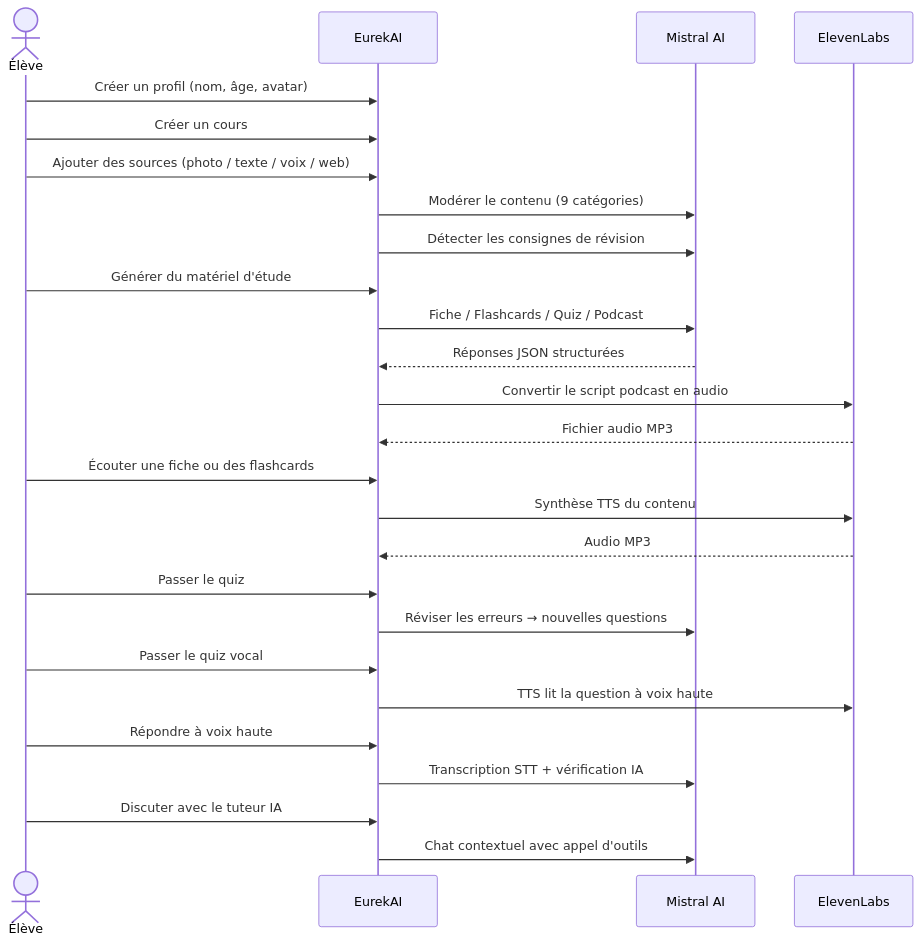
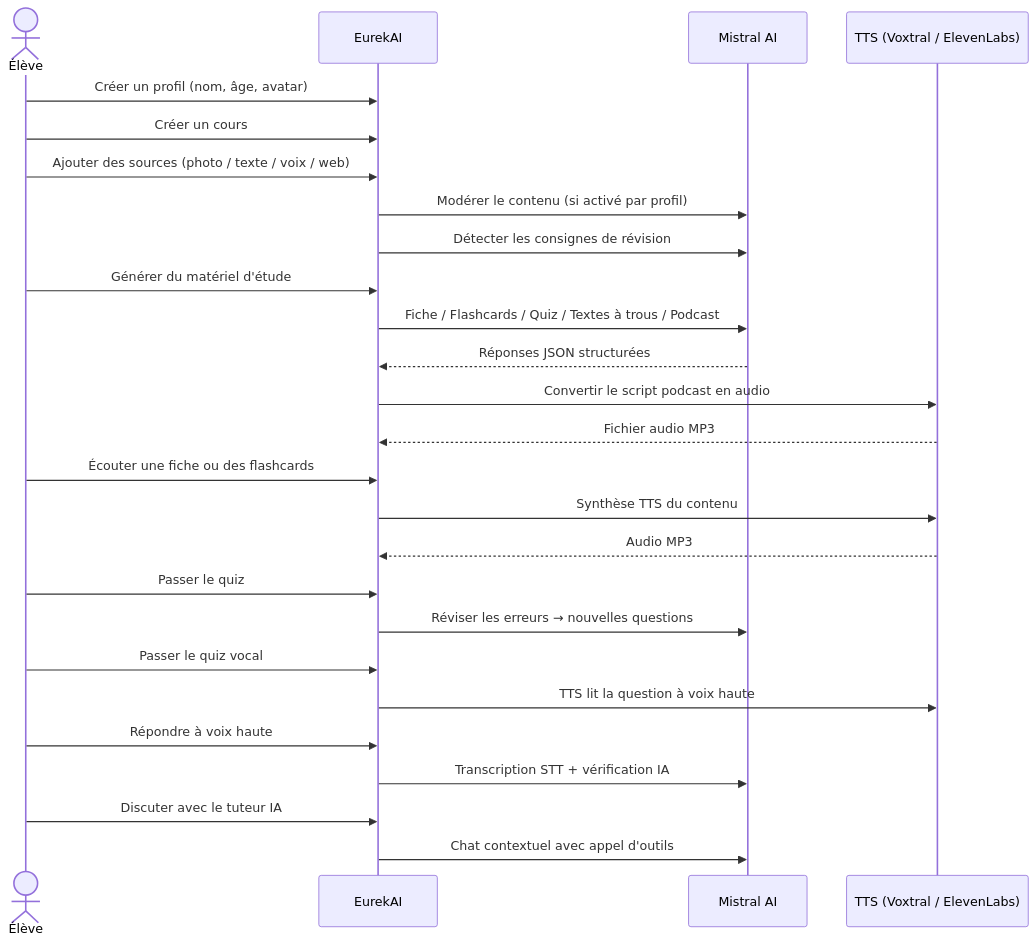
Before and after one commit to jls42/EurekAI: the third of 3 diagrams in README-ar.md, drawn with Mermaid. The commit also changed other lines of this file and 52 other files, not shown here.

````diff
--- a/README-ar.md
+++ b/README-ar.md
@@ -135,29 +153,29 @@
 ```mermaid
 sequenceDiagram
     actor Élève as Élève
     participant App as EurekAI
     participant AI as Mistral AI
-    participant TTS as ElevenLabs
+    participant TTS as TTS (Voxtral / ElevenLabs)
 
     Élève->>App: Créer un profil (nom, âge, avatar)
     Élève->>App: Créer un cours
     Élève->>App: Ajouter des sources (photo / texte / voix / web)
-    App->>AI: Modérer le contenu (9 catégories)
+    App->>AI: Modérer le contenu (si activé par profil)
     App->>AI: Détecter les consignes de révision
     Élève->>App: Générer du matériel d'étude
-    App->>AI: Fiche / Flashcards / Quiz / Podcast
+    App->>AI: Fiche / Flashcards / Quiz / Textes à trous / Podcast
     AI-->>App: Réponses JSON structurées
     App->>TTS: Convertir le script podcast en audio
     TTS-->>App: Fichier audio MP3
     Élève->>App: Écouter une fiche ou des flashcards
     App->>TTS: Synthèse TTS du contenu
     TTS-->>App: Audio MP3
     Élève->>App: Passer le quiz
     App->>AI: Réviser les erreurs → nouvelles questions
     Élève->>App: Passer le quiz vocal
     App->>TTS: TTS lit la question à voix haute
     Élève->>App: Répondre à voix haute
     App->>AI: Transcription STT + vérification IA
     Élève->>App: Discuter avec le tuteur IA
     App->>AI: Chat contextuel avec appel d'outils
 ```
````
